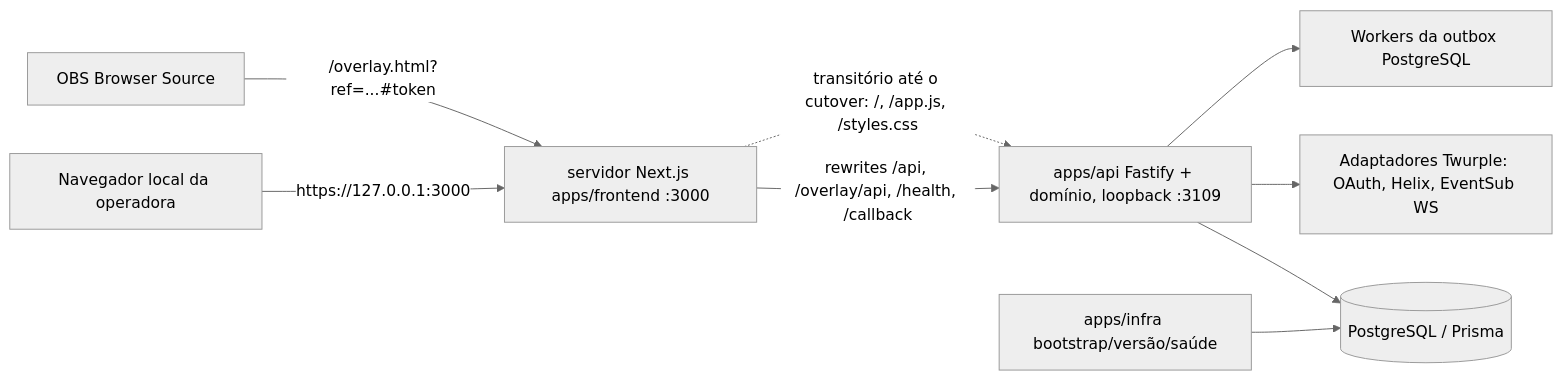
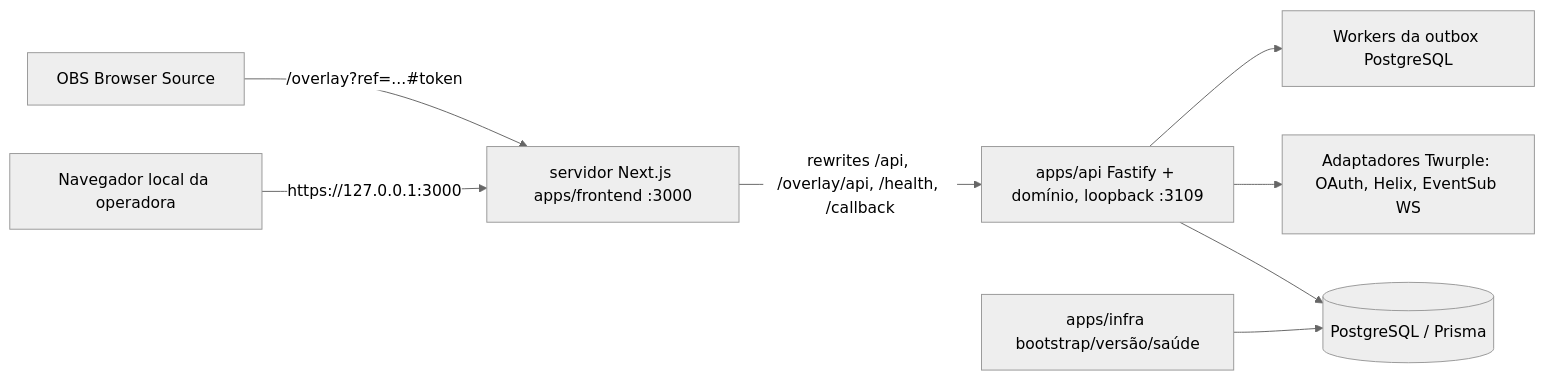
One commit to gustavo8000br/subarushogun_gi_twich_bot changed the diagram in docs/pt-BR/fullstack-architecture.md. Above: the diagram before and after it, drawn with Mermaid (neutral theme). The commit also changed other lines of this file and 23 other files, not shown here.

First line of the commit message:
docs(architecture): describe the post-wave-3 overlay and Next-served routes [OPS-15 FT-39]

````diff
--- a/docs/pt-BR/fullstack-architecture.md
+++ b/docs/pt-BR/fullstack-architecture.md
@@ -11,11 +11,10 @@
 ```mermaid
 flowchart LR
   Browser[Navegador local da operadora] -->|https://127.0.0.1:3000| Next[servidor Next.js apps/frontend :3000]
-  OBS[OBS Browser Source] -->|/overlay.html?ref=...#token| Next
+  OBS[OBS Browser Source] -->|/overlay?ref=...#token| Next
   Next -->|rewrites /api, /overlay/api, /health, /callback| API[apps/api Fastify + domínio, loopback :3109]
-  Next -.->|transitório até o cutover: /, /app.js, /styles.css| API
   API --> DB[(PostgreSQL / Prisma)]
   API --> Twitch[Adaptadores Twurple: OAuth, Helix, EventSub WS]
   API --> Outbox[Workers da outbox PostgreSQL]
   Infra[apps/infra bootstrap/versão/saúde] --> DB
 ```
````
